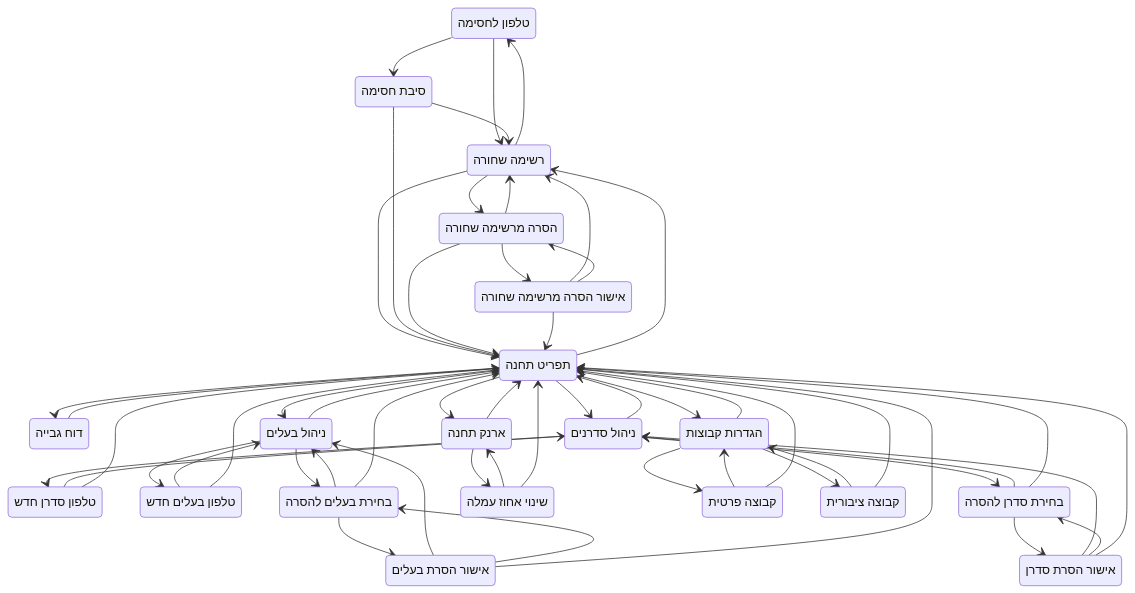
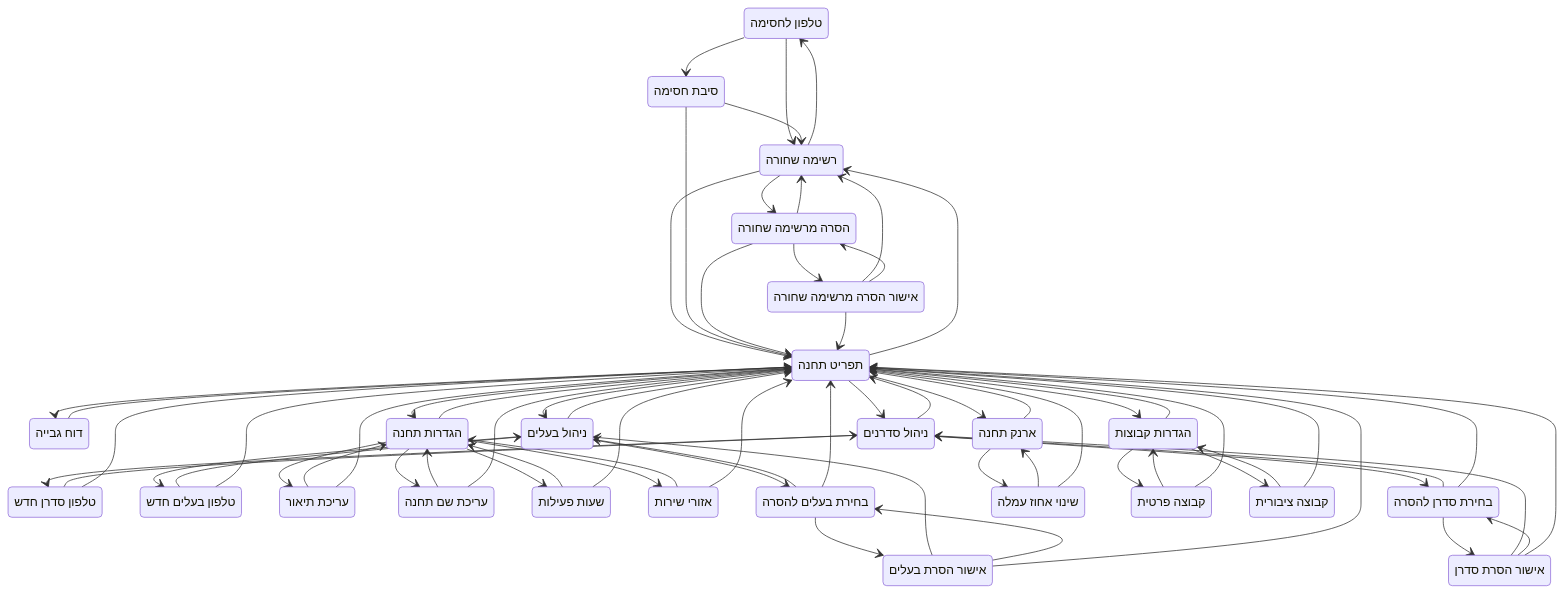
One commit to amirbiron/Shipment-bot changed the fourth of 6 diagrams in CLAUDE.md. Above: the diagram before and after it, drawn with Mermaid. The commit also changed 10 other files, not shown here.

First line of the commit message:
feat: הגדרות תחנה מורחבות — סעיף 8 מתוך Issue #210

````diff
--- a/CLAUDE.md
+++ b/CLAUDE.md
@@ -192,6 +192,10 @@
     STATION_CONFIRM_REMOVE_BLACKLIST : אישור הסרה מרשימה שחורה
     STATION_CONFIRM_REMOVE_DISPATCHER : אישור הסרת סדרן
     STATION_CONFIRM_REMOVE_OWNER : אישור הסרת בעלים
+    STATION_EDIT_DESCRIPTION : עריכת תיאור
+    STATION_EDIT_NAME : עריכת שם תחנה
+    STATION_EDIT_OPERATING_HOURS : שעות פעילות
+    STATION_EDIT_SERVICE_AREAS : אזורי שירות
     STATION_GROUP_SETTINGS : הגדרות קבוצות
     STATION_MANAGE_DISPATCHERS : ניהול סדרנים
     STATION_MANAGE_OWNERS : ניהול בעלים
@@ -199,6 +203,7 @@
     STATION_REMOVE_BLACKLIST_SELECT : הסרה מרשימה שחורה
     STATION_REMOVE_DISPATCHER_SELECT : בחירת סדרן להסרה
     STATION_REMOVE_OWNER_SELECT : בחירת בעלים להסרה
+    STATION_SETTINGS : הגדרות תחנה
     STATION_SET_COMMISSION_RATE : שינוי אחוז עמלה
     STATION_SET_PRIVATE_GROUP : קבוצה פרטית
     STATION_SET_PUBLIC_GROUP : קבוצה ציבורית
@@ -212,6 +217,7 @@
     STATION_MENU --> STATION_COLLECTION_REPORT
     STATION_MENU --> STATION_VIEW_BLACKLIST
     STATION_MENU --> STATION_GROUP_SETTINGS
+    STATION_MENU --> STATION_SETTINGS
     STATION_MANAGE_OWNERS --> STATION_ADD_OWNER_PHONE
     STATION_MANAGE_OWNERS --> STATION_REMOVE_OWNER_SELECT
     STATION_MANAGE_OWNERS --> STATION_MENU
@@ -259,4 +265,17 @@
     STATION_SET_PUBLIC_GROUP --> STATION_MENU
     STATION_SET_PRIVATE_GROUP --> STATION_GROUP_SETTINGS
     STATION_SET_PRIVATE_GROUP --> STATION_MENU
+    STATION_SETTINGS --> STATION_EDIT_NAME
+    STATION_SETTINGS --> STATION_EDIT_DESCRIPTION
+    STATION_SETTINGS --> STATION_EDIT_OPERATING_HOURS
+    STATION_SETTINGS --> STATION_EDIT_SERVICE_AREAS
+    STATION_SETTINGS --> STATION_MENU
+    STATION_EDIT_NAME --> STATION_SETTINGS
+    STATION_EDIT_NAME --> STATION_MENU
+    STATION_EDIT_DESCRIPTION --> STATION_SETTINGS
+    STATION_EDIT_DESCRIPTION --> STATION_MENU
+    STATION_EDIT_OPERATING_HOURS --> STATION_SETTINGS
+    STATION_EDIT_OPERATING_HOURS --> STATION_MENU
+    STATION_EDIT_SERVICE_AREAS --> STATION_SETTINGS
+    STATION_EDIT_SERVICE_AREAS --> STATION_MENU
 ```
````
